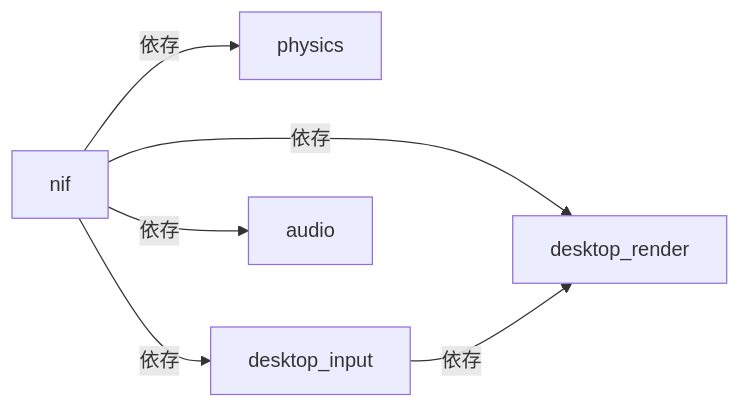
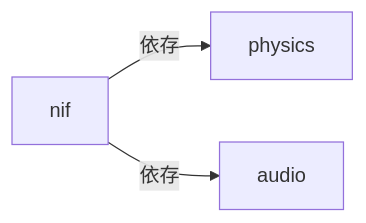
One commit to FRICK-ELDY/alchemy-engine changed the first of 2 diagrams in docs/architecture/rust/nif.md. Above: the diagram before and after it, drawn with Mermaid. The commit also changed other lines of this file and 6 other files, not shown here.

````diff
--- a/docs/architecture/rust/nif.md
+++ b/docs/architecture/rust/nif.md
@@ -11,14 +11,9 @@
 ```mermaid
 graph LR
     GN[nif]
     GS[physics]
-    GR[desktop_render]
-    GI[desktop_input]
     GA[audio]
 
     GN -->|依存| GS
-    GN -->|依存| GR
-    GN -->|依存| GI
     GN -->|依存| GA
-    GI -->|依存| GR
 ```
````
